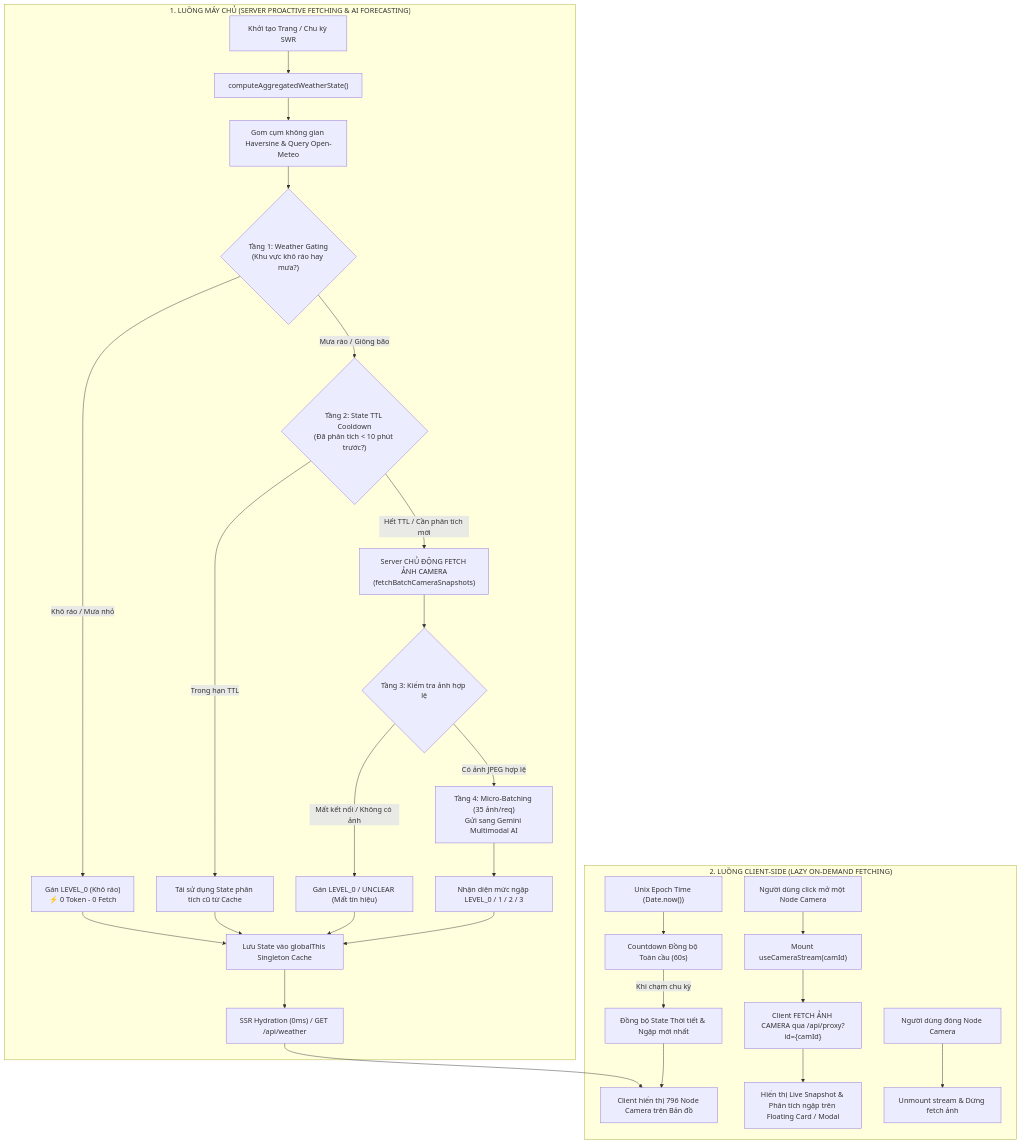
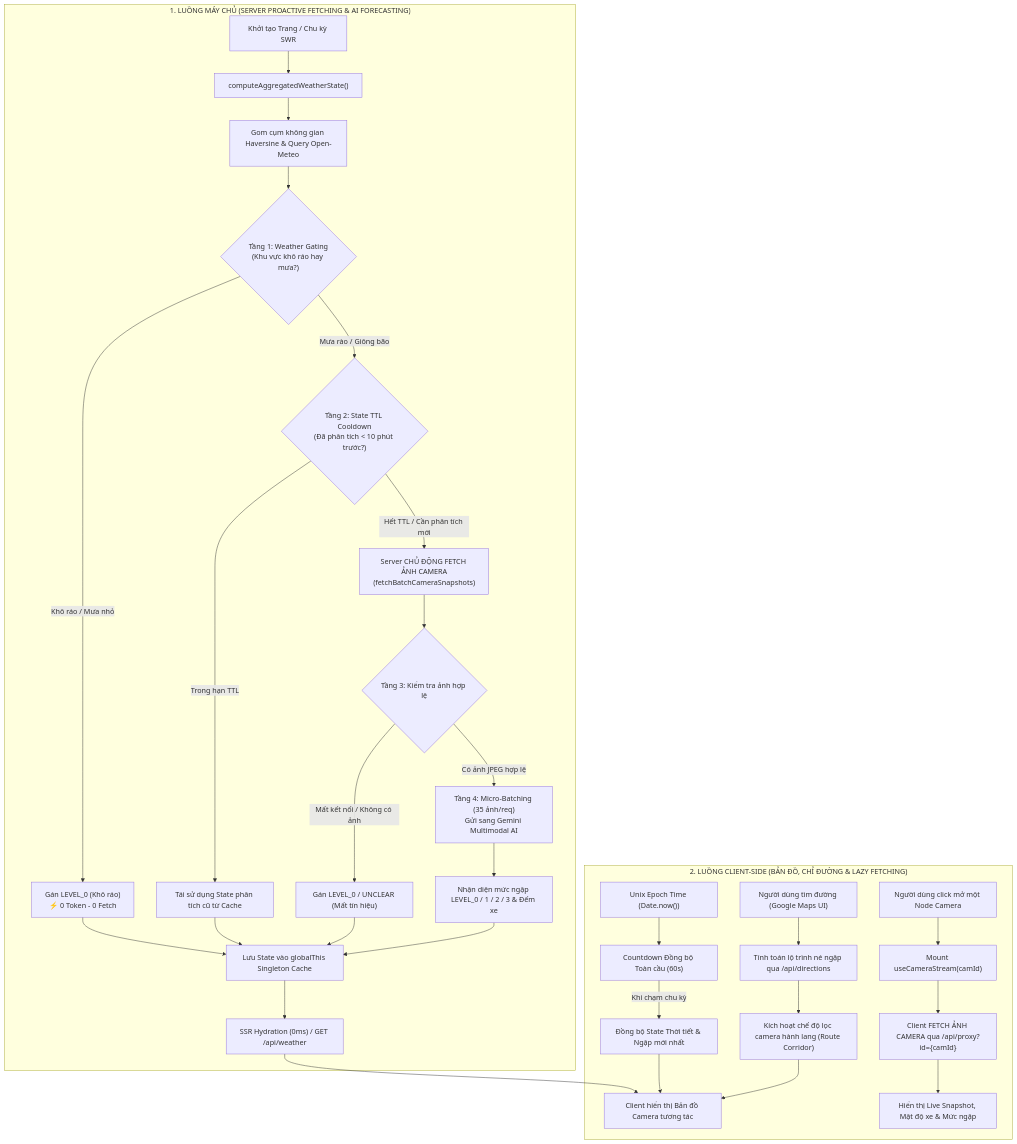
Before and after one commit to helitoo/venha: the first of 2 diagrams in README.md, drawn with Mermaid. The commit also changed other lines of this file, not shown here.

````diff
--- a/README.md
+++ b/README.md
@@ -24,37 +31,40 @@
 ```mermaid
 flowchart TD
     subgraph SERVER["1. LUỒNG MÁY CHỦ (SERVER PROACTIVE FETCHING & AI FORECASTING)"]
         A["Khởi tạo Trang / Chu kỳ SWR"] --> B["computeAggregatedWeatherState()"]
         B --> C["Gom cụm không gian Haversine & Query Open-Meteo"]
         C --> D{"Tầng 1: Weather Gating<br/>(Khu vực khô ráo hay mưa?)"}
         
         D -->|Khô ráo / Mưa nhỏ| E["Gán LEVEL_0 (Khô ráo)<br/>⚡ 0 Token - 0 Fetch"]
         D -->|Mưa rào / Giông bão| F{"Tầng 2: State TTL Cooldown<br/>(Đã phân tích < 10 phút trước?)"}
         
         F -->|Trong hạn TTL| G["Tái sử dụng State phân tích cũ từ Cache"]
         F -->|Hết TTL / Cần phân tích mới| H["Server CHỦ ĐỘNG FETCH ẢNH CAMERA<br/>(fetchBatchCameraSnapshots)"]
         
         H --> I{"Tầng 3: Kiểm tra ảnh hợp lệ"}
         I -->|Mất kết nối / Không có ảnh| J["Gán LEVEL_0 / UNCLEAR (Mất tín hiệu)"]
         I -->|Có ảnh JPEG hợp lệ| K["Tầng 4: Micro-Batching (35 ảnh/req)<br/>Gửi sang Gemini Multimodal AI"]
         
-        K --> L["Nhận diện mức ngập LEVEL_0 / 1 / 2 / 3"]
+        K --> L["Nhận diện mức ngập LEVEL_0 / 1 / 2 / 3 & Đếm xe"]
         E --> M["Lưu State vào globalThis Singleton Cache"]
         G --> M
         J --> M
         L --> M
         M --> N["SSR Hydration (0ms) / GET /api/weather"]
     end
 
-    subgraph CLIENT["2. LUỒNG CLIENT-SIDE (LAZY ON-DEMAND FETCHING)"]
-        N --> O["Client hiển thị 796 Node Camera trên Bản đồ"]
+    subgraph CLIENT["2. LUỒNG CLIENT-SIDE (BẢN ĐỒ, CHỈ ĐƯỜNG & LAZY FETCHING)"]
+        N --> O["Client hiển thị Bản đồ Camera tương tác"]
         P["Unix Epoch Time (Date.now())"] --> Q["Countdown Đồng bộ Toàn cầu (60s)"]
         Q -->|Khi chạm chu kỳ| R["Đồng bộ State Thời tiết & Ngập mới nhất"]
         R --> O
         
-        S["Người dùng click mở một Node Camera"] --> T["Mount useCameraStream(camId)"]
-        T --> U["Client FETCH ẢNH CAMERA qua /api/proxy?id={camId}"]
-        U --> V["Hiển thị Live Snapshot & Phân tích ngập trên Floating Card / Modal"]
-        W["Người dùng đóng Node Camera"] --> X["Unmount stream & Dừng fetch ảnh"]
+        S["Người dùng tìm đường (Google Maps UI)"] --> T["Tính toán lộ trình né ngập qua /api/directions"]
+        T --> U["Kích hoạt chế độ lọc camera hành lang (Route Corridor)"]
+        U --> O
+        
+        V["Người dùng click mở một Node Camera"] --> W["Mount useCameraStream(camId)"]
+        W --> X["Client FETCH ẢNH CAMERA qua /api/proxy?id={camId}"]
+        X --> Y["Hiển thị Live Snapshot, Mật độ xe & Mức ngập"]
     end
 ```
````
